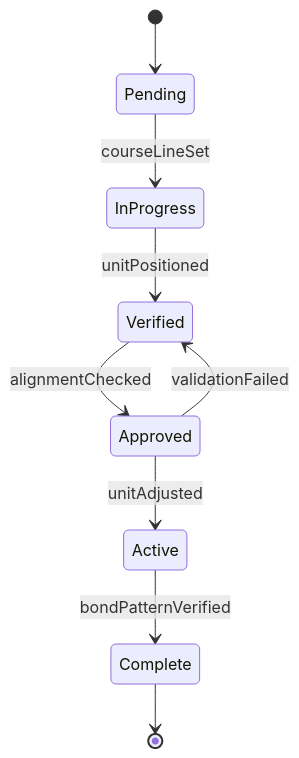
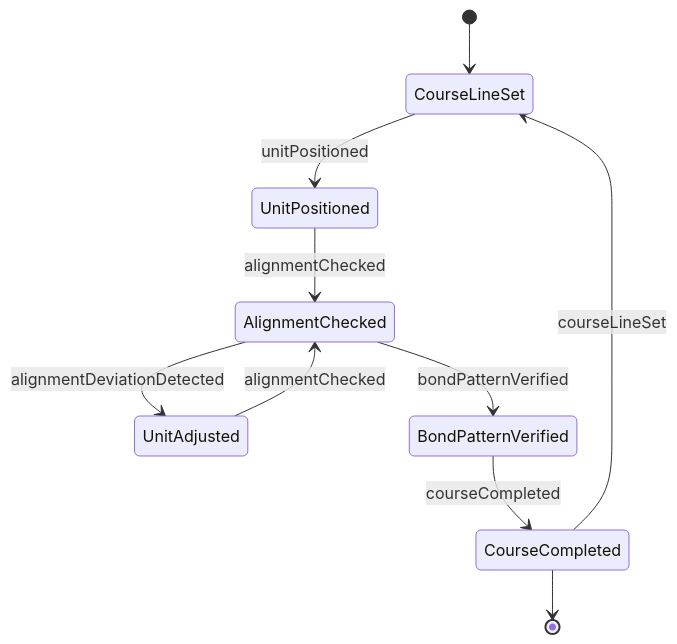
The second of 4 diagrams in HandlingAndMovingObjects/PositionMaterialsOrComponentsForAssembly/AlignMasonryMaterials.mdx (dot-org-ai/tasks.org.ai), drawn with Mermaid before and after one commit. The commit also changed other lines of this file and 515 other files, not shown here.

````diff
--- a/HandlingAndMovingObjects/PositionMaterialsOrComponentsForAssembly/AlignMasonryMaterials.mdx
+++ b/HandlingAndMovingObjects/PositionMaterialsOrComponentsForAssembly/AlignMasonryMaterials.mdx
@@ -96,11 +96,12 @@
 ```mermaid
 stateDiagram-v2
-    [*] --> Pending
-    Pending --> InProgress : courseLineSet
-    InProgress --> Verified : unitPositioned
-    Verified --> Approved : alignmentChecked
-    Approved --> Active : unitAdjusted
-    Active --> Complete : bondPatternVerified
-    Approved --> Verified : validationFailed
-    Complete --> [*]
+    [*] --> CourseLineSet
+    CourseLineSet --> UnitPositioned : unitPositioned
+    UnitPositioned --> AlignmentChecked : alignmentChecked
+    AlignmentChecked --> UnitAdjusted : alignmentDeviationDetected
+    UnitAdjusted --> AlignmentChecked : alignmentChecked
+    AlignmentChecked --> BondPatternVerified : bondPatternVerified
+    BondPatternVerified --> CourseCompleted : courseCompleted
+    CourseCompleted --> CourseLineSet : courseLineSet
+    CourseCompleted --> [*]
 ```
````
